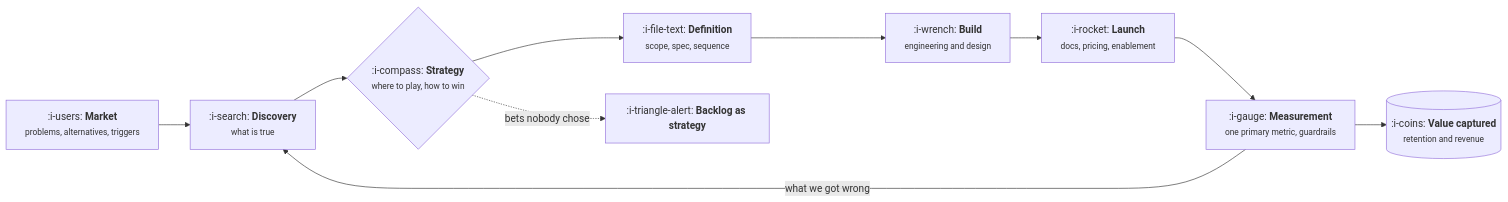
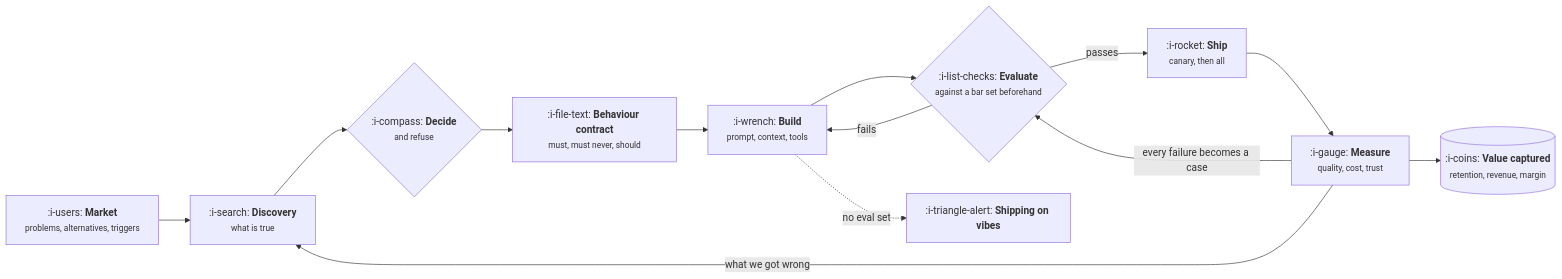
One commit to kartikb2k02/learningmaterial changed the first of 2 diagrams in product-management/README.md. Above: the diagram before and after it, drawn with Mermaid. The commit also changed other lines of this file and 18 other files, not shown here.

````diff
--- a/product-management/README.md
+++ b/product-management/README.md
@@ -22,18 +28,21 @@
 ```mermaid
 flowchart LR
   M[":i-users: <b>Market</b><br/><small>problems, alternatives, triggers</small>"] --> D[":i-search: <b>Discovery</b><br/><small>what is true</small>"]
-  D --> S{":i-compass: <b>Strategy</b><br/><small>where to play, how to win</small>"}
-  S --> DEF[":i-file-text: <b>Definition</b><br/><small>scope, spec, sequence</small>"]
-  DEF --> B[":i-wrench: <b>Build</b><br/><small>engineering and design</small>"]
-  B --> L[":i-rocket: <b>Launch</b><br/><small>docs, pricing, enablement</small>"]
-  L --> ME[":i-gauge: <b>Measurement</b><br/><small>one primary metric, guardrails</small>"]
-  ME --> V[(":i-coins: <b>Value captured</b><br/><small>retention and revenue</small>")]
+  D --> S{":i-compass: <b>Decide</b><br/><small>and refuse</small>"}
+  S --> SP[":i-file-text: <b>Behaviour contract</b><br/><small>must, must never, should</small>"]
+  SP --> B[":i-wrench: <b>Build</b><br/><small>prompt, context, tools</small>"]
+  B --> E{":i-list-checks: <b>Evaluate</b><br/><small>against a bar set beforehand</small>"}
+  E -->|"passes"| L[":i-rocket: <b>Ship</b><br/><small>canary, then all</small>"]
+  E -->|"fails"| B
+  L --> ME[":i-gauge: <b>Measure</b><br/><small>quality, cost, trust</small>"]
+  ME --> V[(":i-coins: <b>Value captured</b><br/><small>retention, revenue, margin</small>")]
+  ME -->|"every failure becomes a case"| E
   ME -->|"what we got wrong"| D
-  S -.->|"bets nobody chose"| X[":i-triangle-alert: <b>Backlog as strategy</b>"]
+  B -.->|"no eval set"| X[":i-triangle-alert: <b>Shipping on vibes</b>"]
   class M neutral
   class D,B compute
-  class S,DEF,L queue
+  class S,SP,E,L queue
   class ME io
   class V memory
   class X warn
 ```
````
